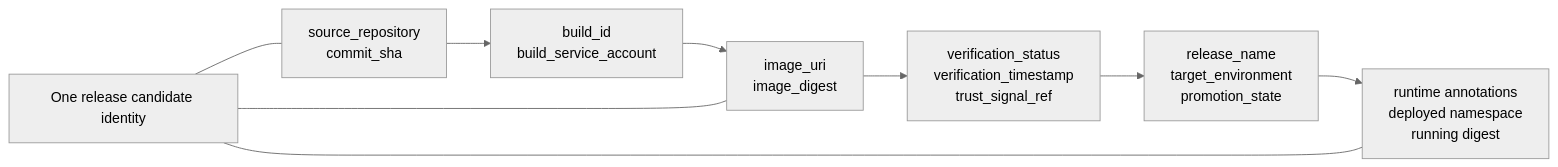
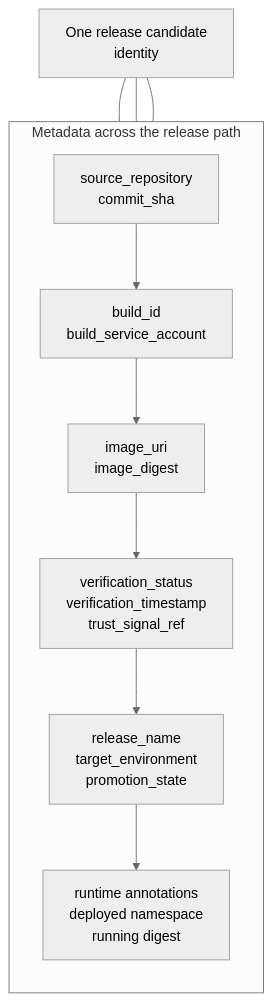
Before and after one commit to DimitryZH/secure-delivery-platform: the third of 5 diagrams in docs/diagrams/README.md, drawn with Mermaid (neutral theme). The commit also changed other lines of this file and 2 other files, not shown here.

Commit message:
docs: refine trusted delivery architecture

````diff
--- a/docs/diagrams/README.md
+++ b/docs/diagrams/README.md
@@ -57,12 +64,15 @@
 ```mermaid
-flowchart LR
-    SourceFields["source_repository<br/>commit_sha"] --> BuildFields["build_id<br/>build_service_account"]
-    BuildFields --> ArtifactFields["image_uri<br/>image_digest"]
-    ArtifactFields --> VerificationFields["verification_status<br/>verification_timestamp<br/>trust_signal_ref"]
-    VerificationFields --> PromotionFields["release_name<br/>target_environment<br/>promotion_state"]
-    PromotionFields --> RuntimeFields["runtime annotations<br/>deployed namespace<br/>running digest"]
+flowchart TB
+    subgraph MetadataPath[Metadata across the release path]
+        direction TB
+        SourceFields["source_repository<br/>commit_sha"] --> BuildFields["build_id<br/>build_service_account"]
+        BuildFields --> ArtifactFields["image_uri<br/>image_digest"]
+        ArtifactFields --> VerificationFields["verification_status<br/>verification_timestamp<br/>trust_signal_ref"]
+        VerificationFields --> PromotionFields["release_name<br/>target_environment<br/>promotion_state"]
+        PromotionFields --> RuntimeFields["runtime annotations<br/>deployed namespace<br/>running digest"]
+    end
 
-    Identity[One release candidate identity] --- SourceFields
+    Identity["One release candidate<br/>identity"] --- SourceFields
     Identity --- ArtifactFields
     Identity --- RuntimeFields
 ```
````
